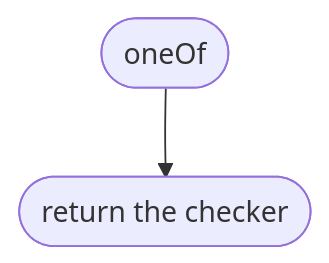
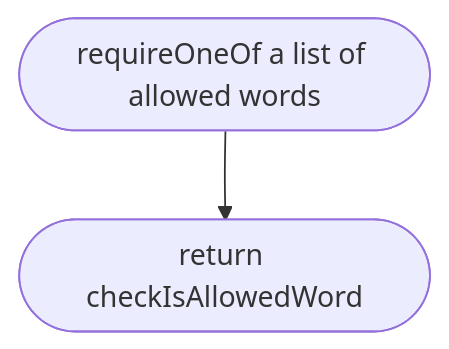
Diagram 15 of 37 in docs/designs/src/place/parse.md (NewDara-Star/world-engine), drawn with Mermaid before and after one commit. The commit also changed other lines of this file and 9 other files, not shown here.

````diff
--- a/docs/designs/src/place/parse.md
+++ b/docs/designs/src/place/parse.md
@@ -133,6 +226,6 @@
 ```mermaid
 flowchart TD
-  s(["oneOf"])
-  a(["return the checker"])
+  s(["requireOneOf a list of allowed words"])
+  a(["return checkIsAllowedWord"])
   s --> a
 ```
````
